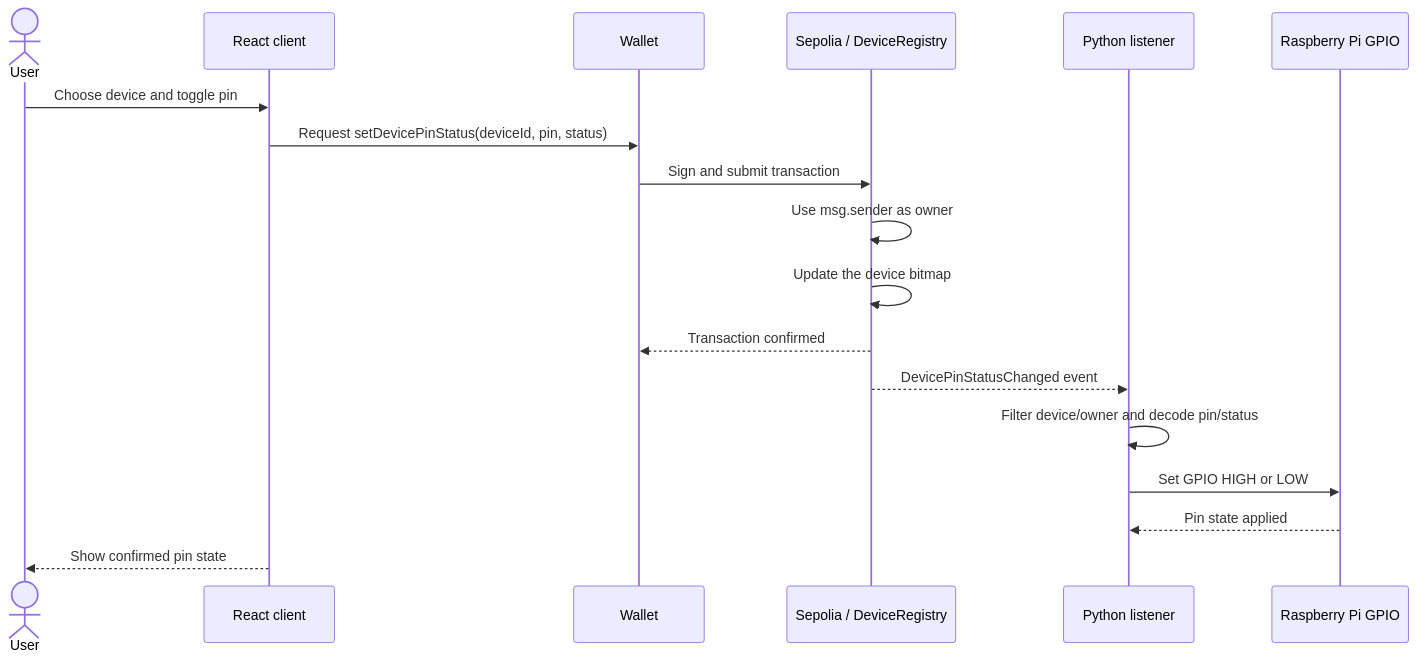
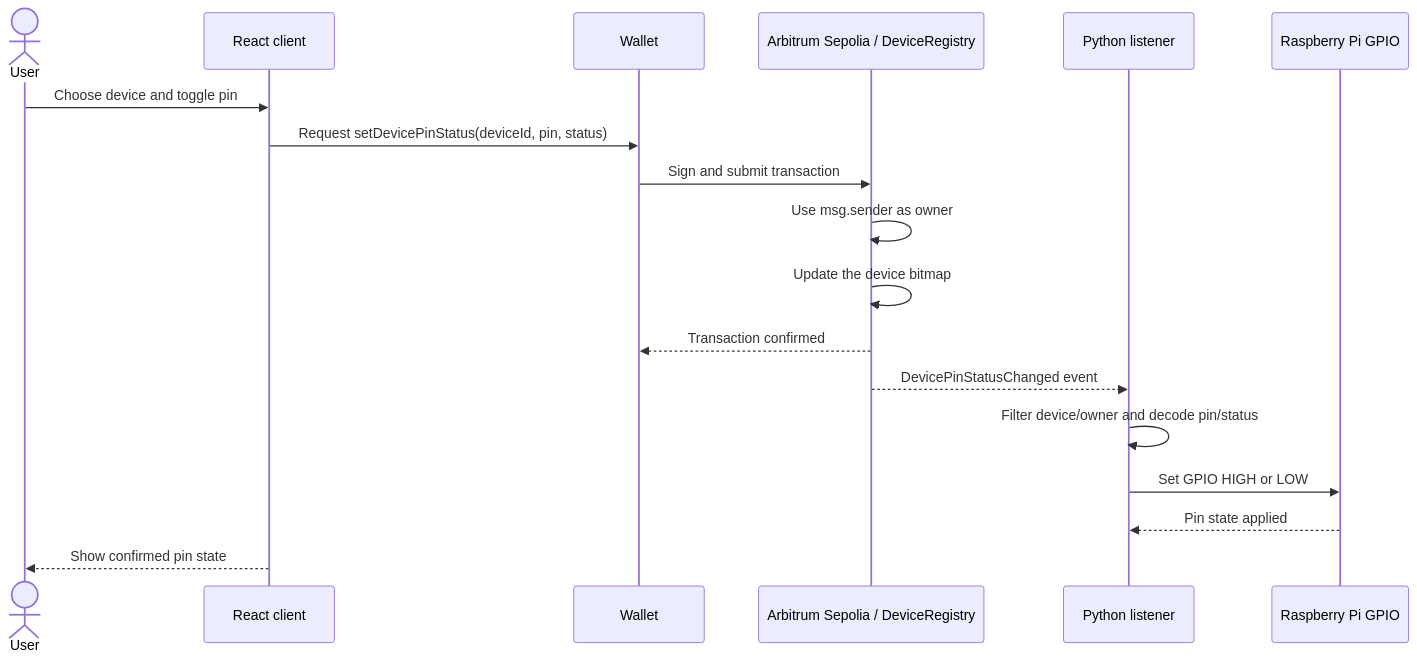
Before and after one commit to Salmandabbakuti/blockchain-of-things: the diagram in README.md, drawn with Mermaid. The commit also changed other lines of this file and 14 other files, not shown here.

````diff
--- a/README.md
+++ b/README.md
@@ -80,21 +80,21 @@
 ```mermaid
 sequenceDiagram
 	actor User
 	participant UI as React client
 	participant Wallet as Wallet
-	participant Chain as Sepolia / DeviceRegistry
+	participant Chain as Arbitrum Sepolia / DeviceRegistry
 	participant Listener as Python listener
 	participant Pi as Raspberry Pi GPIO
 
 	User->>UI: Choose device and toggle pin
 	UI->>Wallet: Request setDevicePinStatus(deviceId, pin, status)
 	Wallet->>Chain: Sign and submit transaction
 	Chain->>Chain: Use msg.sender as owner
 	Chain->>Chain: Update the device bitmap
 	Chain-->>Wallet: Transaction confirmed
 	Chain-->>Listener: DevicePinStatusChanged event
 	Listener->>Listener: Filter device/owner and decode pin/status
 	Listener->>Pi: Set GPIO HIGH or LOW
 	Pi-->>Listener: Pin state applied
 	UI-->>User: Show confirmed pin state
 ```
````
